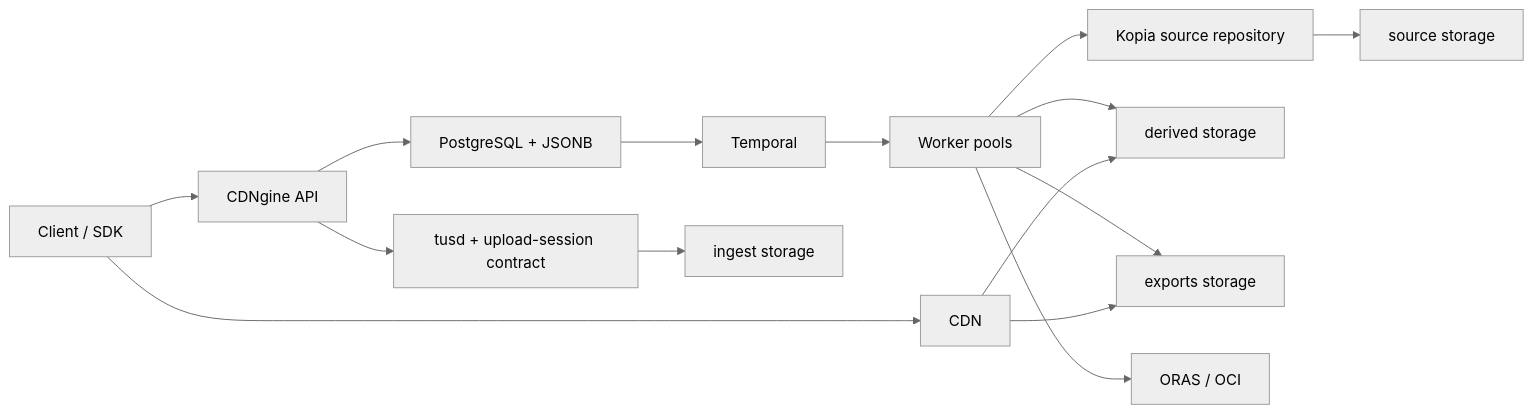
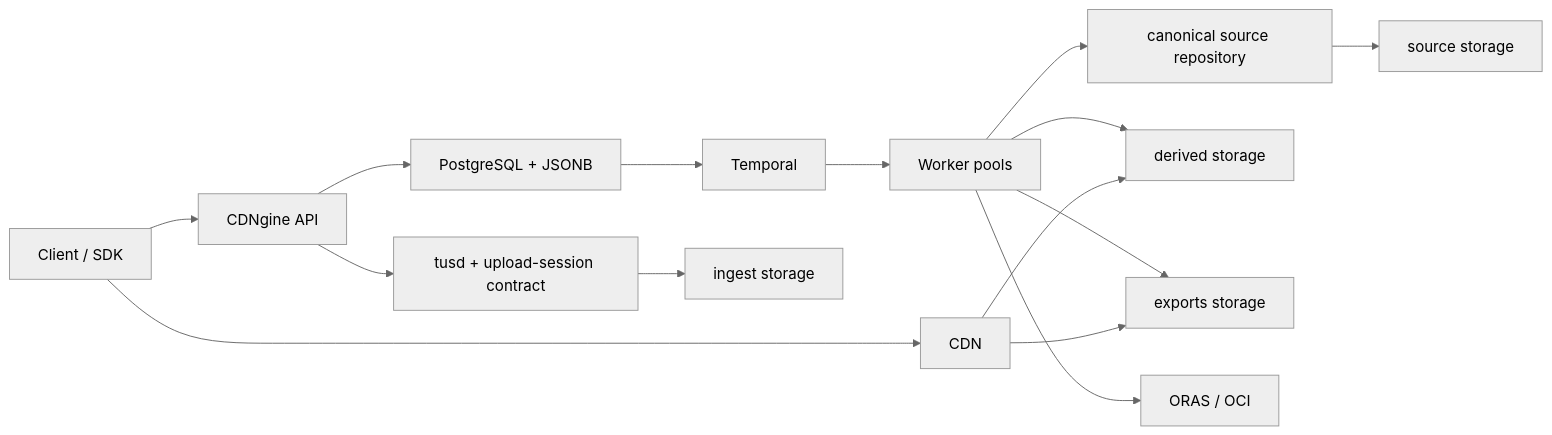
One commit to Yeusepe/cdngine changed the first of 5 diagrams in README.md. Above: the diagram before and after it, drawn with Mermaid (neutral theme). The commit also changed other lines of this file and 85 other files, not shown here.

First line of the commit message:
Add canonical source materialization and Xet default

````diff
--- a/README.md
+++ b/README.md
@@ -30,17 +30,17 @@
 ```mermaid
 flowchart LR
     Client["Client / SDK"] --> API["CDNgine API"]
     API --> Ingest["tusd + upload-session contract"]
     API --> Registry["PostgreSQL + JSONB"]
     Registry --> Temporal["Temporal"]
     Temporal --> Workers["Worker pools"]
     Ingest --> Staging["ingest storage"]
-    Workers --> SourceRepo["Kopia source repository"]
+    Workers --> SourceRepo["canonical source repository"]
     SourceRepo --> SourceStore["source storage"]
     Workers --> Derived["derived storage"]
     Workers --> Exports["exports storage"]
     Workers --> OCI["ORAS / OCI"]
     Client --> CDN["CDN"]
     CDN --> Derived
     CDN --> Exports
 ```
````
